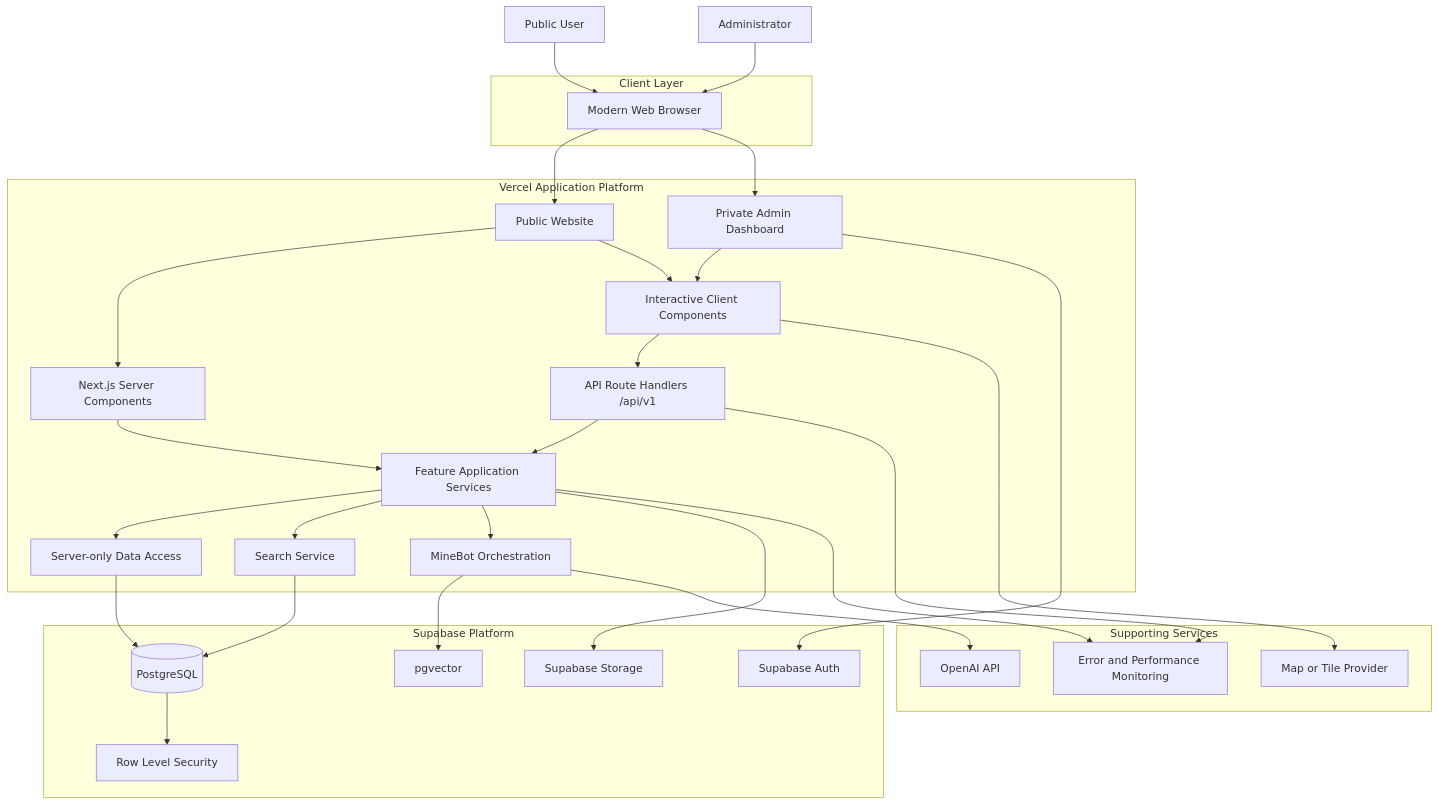
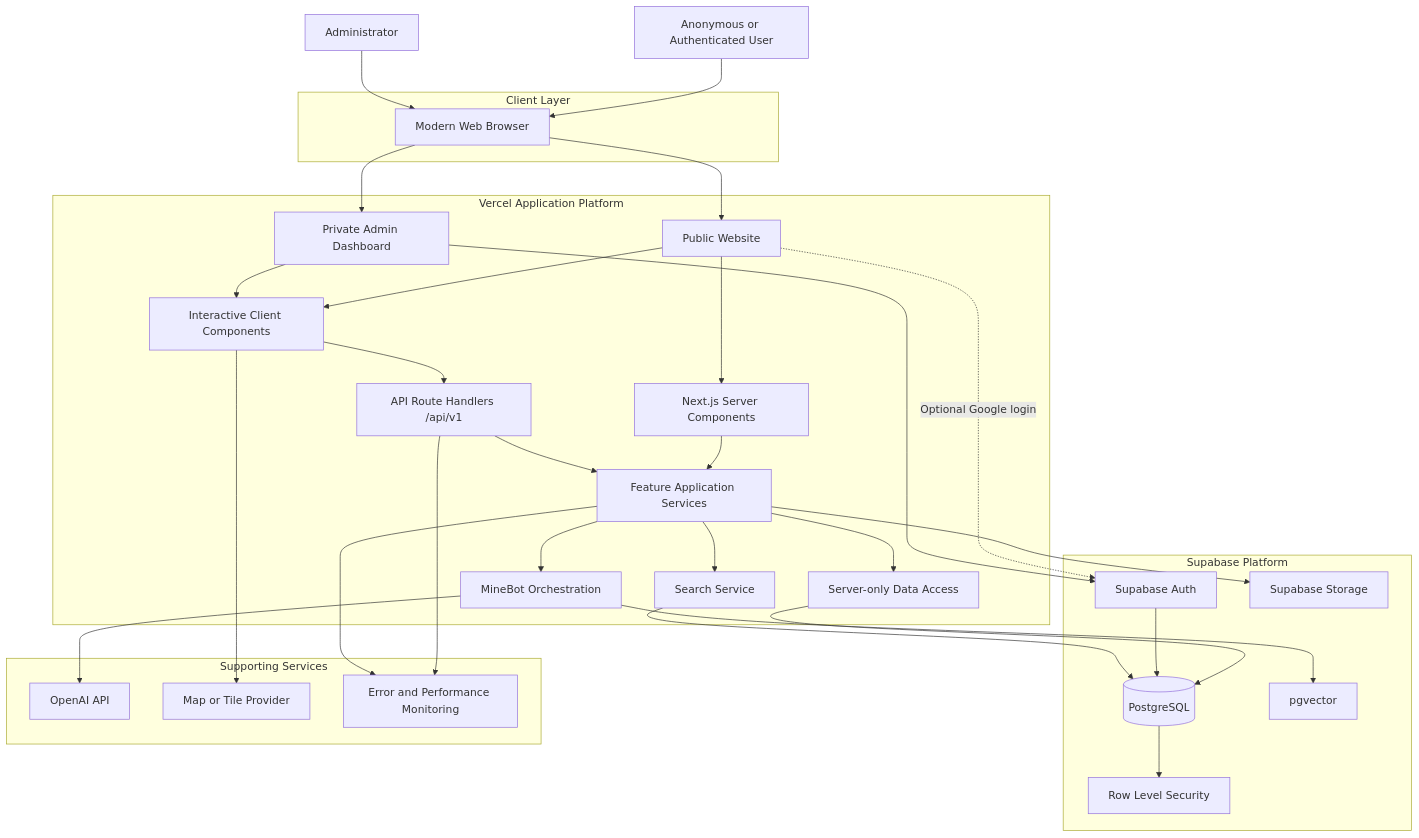
One commit to FachriAthallah/minevision-platform changed the first of 10 diagrams in ARCHITECTURE.md. Above: the diagram before and after it, drawn with Mermaid. The commit also changed other lines of this file and 8 other files, not shown here.

````diff
--- a/ARCHITECTURE.md
+++ b/ARCHITECTURE.md
@@ -103,65 +104,67 @@
 ```mermaid
 flowchart TB
-    User[Public User]
+    User[Anonymous or Authenticated User]
     Admin[Administrator]
 
     subgraph Client["Client Layer"]
         Browser[Modern Web Browser]
     end
 
     subgraph Vercel["Vercel Application Platform"]
         PublicUI[Public Website]
         AdminUI[Private Admin Dashboard]
         ServerPages[Next.js Server Components]
         ClientComponents[Interactive Client Components]
         API[API Route Handlers /api/v1]
         AppServices[Feature Application Services]
         DataAccess[Server-only Data Access]
         SearchService[Search Service]
         MineBotService[MineBot Orchestration]
     end
 
     subgraph Supabase["Supabase Platform"]
         Auth[Supabase Auth]
         Database[(PostgreSQL)]
         RLS[Row Level Security]
         Storage[Supabase Storage]
         Vector[pgvector]
     end
 
     subgraph External["Supporting Services"]
         OpenAI[OpenAI API]
         MapTiles[Map or Tile Provider]
         Monitoring[Error and Performance Monitoring]
     end
 
     User --> Browser
     Admin --> Browser
 
     Browser --> PublicUI
     Browser --> AdminUI
     PublicUI --> ServerPages
     PublicUI --> ClientComponents
     AdminUI --> ClientComponents
 
     ServerPages --> AppServices
     ClientComponents --> API
     API --> AppServices
 
     AppServices --> DataAccess
     AppServices --> SearchService
     AppServices --> MineBotService
 
     DataAccess --> Database
     Database --> RLS
 
+    PublicUI -. Optional Google login .-> Auth
     AdminUI --> Auth
+    Auth --> Database
     AppServices --> Storage
     SearchService --> Database
     MineBotService --> Vector
     MineBotService --> OpenAI
 
     ClientComponents --> MapTiles
     API --> Monitoring
     AppServices --> Monitoring
 ```
````
